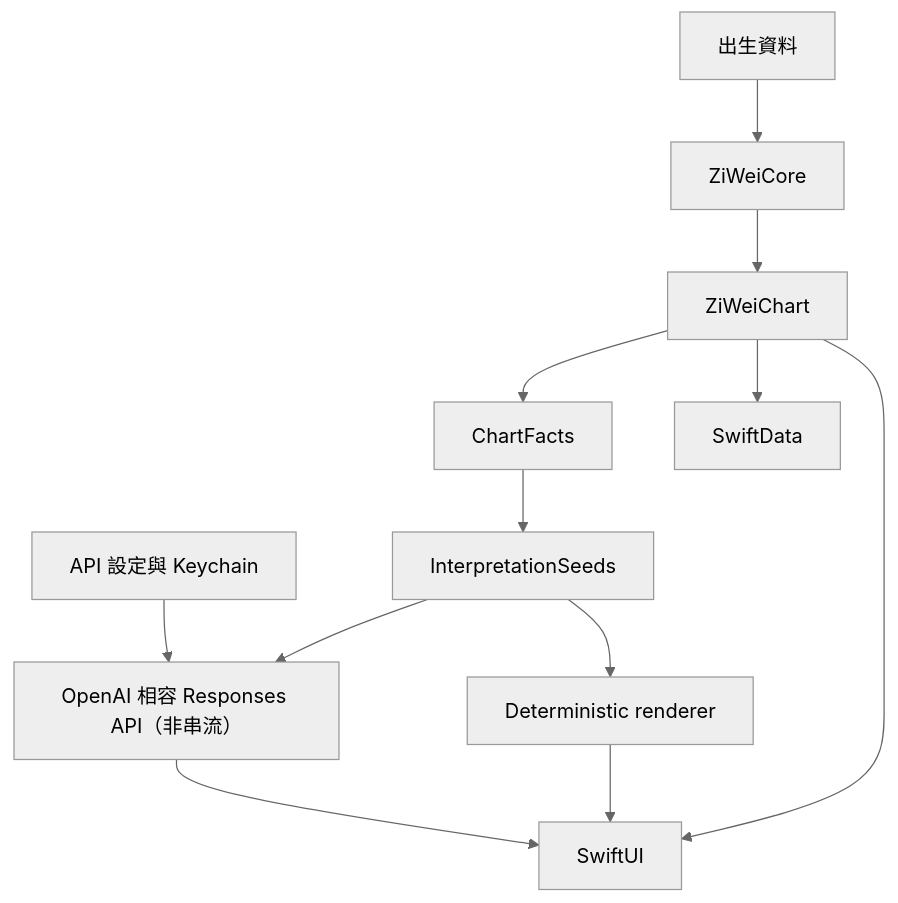
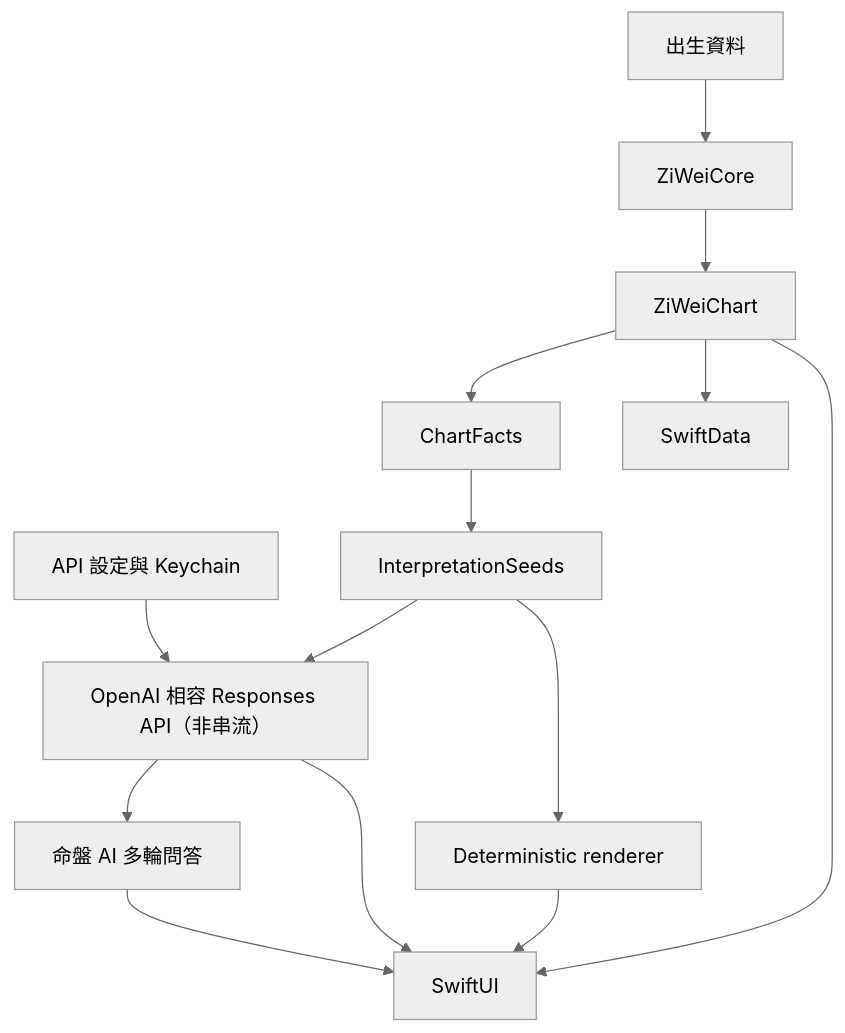
The diagram in README.md (narumiruna/mighty-zi-wei), drawn with Mermaid (neutral theme) before and after one commit. The commit also changed other lines of this file and 18 other files, not shown here.

Commit message:
feat(ai): add chart conversation assistant

````diff
--- a/README.md
+++ b/README.md
@@ -81,25 +83,28 @@
 ```mermaid
 flowchart TD
     Input["出生資料"]
     Core["ZiWeiCore"]
     Chart["ZiWeiChart"]
     Facts["ChartFacts"]
     Seeds["InterpretationSeeds"]
     Settings["API 設定與 Keychain"]
     AI["OpenAI 相容 Responses API（非串流）"]
+    Conversation["命盤 AI 多輪問答"]
     Fallback["Deterministic renderer"]
     UI["SwiftUI"]
     Store["SwiftData"]
 
     Input --> Core
     Core --> Chart
     Chart --> Facts
     Facts --> Seeds
     Settings --> AI
     Seeds --> AI
     Seeds --> Fallback
+    AI --> Conversation
+    Conversation --> UI
     AI --> UI
     Fallback --> UI
     Chart --> UI
     Chart --> Store
 ```
````
